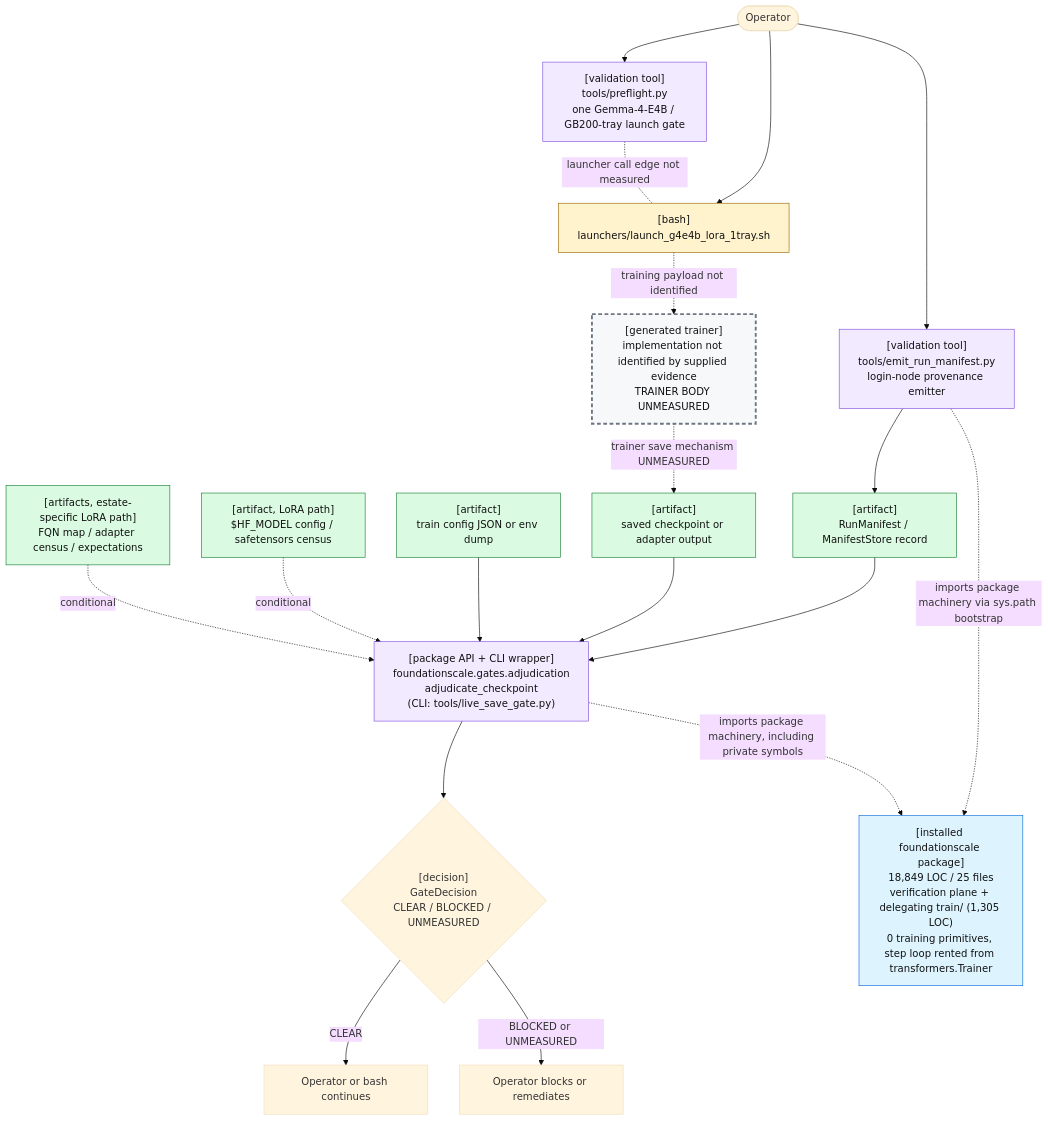
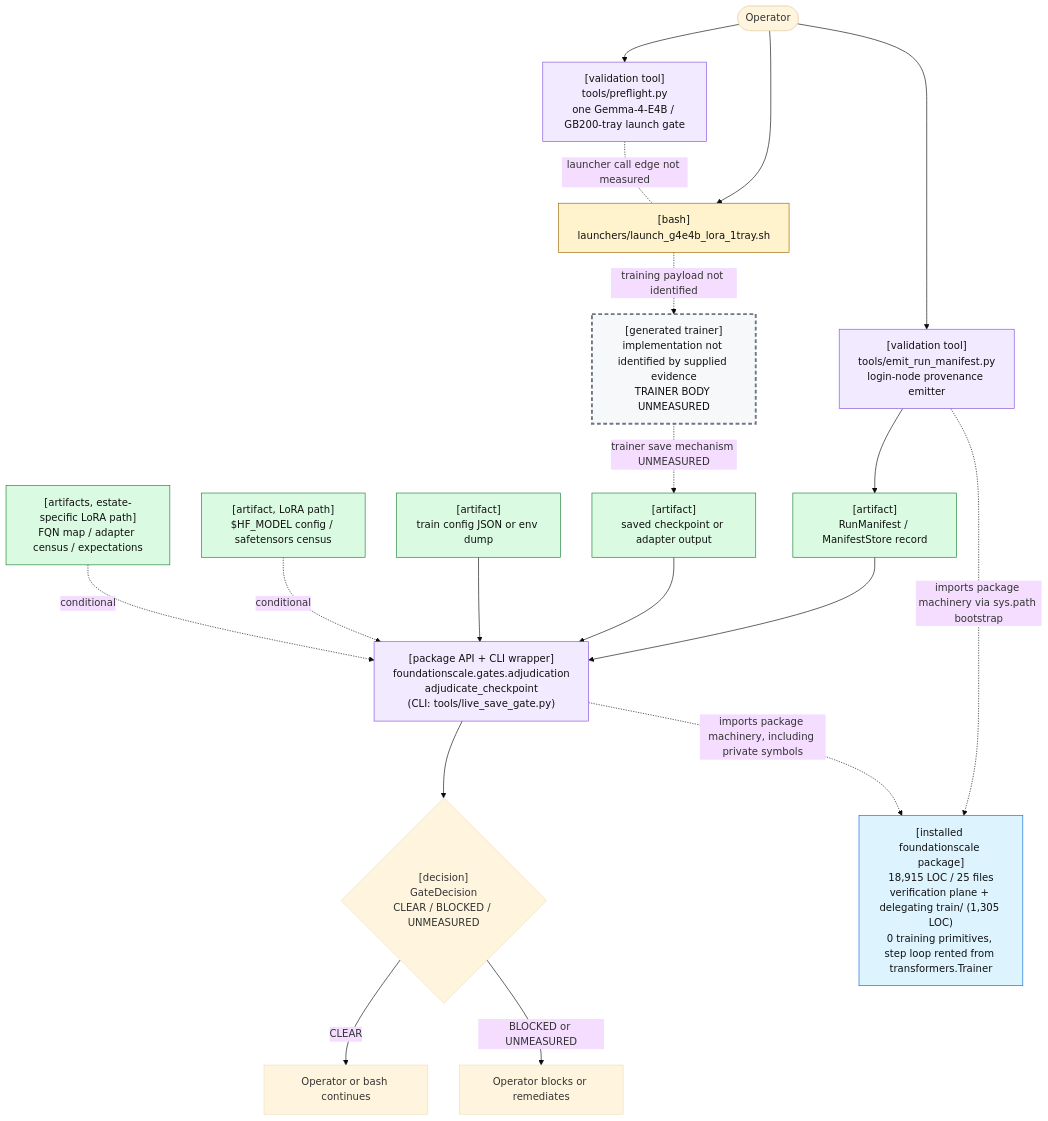
One commit to TranNhiem/FoundationScale changed the first of 2 diagrams in docs/review/D2_current_architecture.md. Above: the diagram before and after it, drawn with Mermaid (base theme). The commit also changed other lines of this file and 11 other files, not shown here.

First line of the commit message:
Package front door: one lazy import surface for foundationscale

````diff
--- a/docs/review/D2_current_architecture.md
+++ b/docs/review/D2_current_architecture.md
@@ -25,59 +25,59 @@
 ```mermaid
 flowchart TB
   O(["Operator"])
 
   PF["[validation tool]<br/>tools/preflight.py<br/>one Gemma-4-E4B / GB200-tray launch gate"]
   L["[bash]<br/>launchers/launch_g4e4b_lora_1tray.sh"]
 
   E["[validation tool]<br/>tools/emit_run_manifest.py<br/>login-node provenance emitter"]
   M["[artifact]<br/>RunManifest / ManifestStore record"]
 
   T["[generated trainer]<br/>implementation not identified by supplied evidence<br/>TRAINER BODY UNMEASURED"]
   C["[artifact]<br/>saved checkpoint or adapter output"]
 
   G["[package API + CLI wrapper]<br/>foundationscale.gates.adjudication<br/>adjudicate_checkpoint<br/>(CLI: tools/live_save_gate.py)"]
   CFG["[artifact]<br/>train config JSON or env dump"]
   BASE["[artifact, LoRA path]<br/>$HF_MODEL config / safetensors census"]
   CEN["[artifacts, estate-specific LoRA path]<br/>FQN map / adapter census / expectations"]
 
   D{"[decision]<br/>GateDecision<br/>CLEAR / BLOCKED / UNMEASURED"}
   OK["Operator or bash continues"]
   NO["Operator blocks or remediates"]
 
-  PKG["[installed foundationscale package]<br/>18,849 LOC / 25 files<br/>verification plane + delegating train/ (1,305 LOC)<br/>0 training primitives, step loop rented from transformers.Trainer"]
+  PKG["[installed foundationscale package]<br/>18,915 LOC / 25 files<br/>verification plane + delegating train/ (1,305 LOC)<br/>0 training primitives, step loop rented from transformers.Trainer"]
 
   O --> PF
   O --> L
   PF -. "launcher call edge not measured" .- L
 
   O --> E
   E --> M
 
   L -. "training payload not identified" .-> T
   T -. "trainer save mechanism UNMEASURED" .-> C
 
   M --> G
   C --> G
   CFG --> G
   BASE -. "conditional" .-> G
   CEN -. "conditional" .-> G
 
   E -. "imports package machinery via sys.path bootstrap" .-> PKG
   G -. "imports package machinery, including private symbols" .-> PKG
 
   G --> D
   D -->|"CLEAR"| OK
   D -->|"BLOCKED or UNMEASURED"| NO
 
   classDef bash fill:#fff3cd,stroke:#9a6700,color:#111;
   classDef tool fill:#f2eaff,stroke:#8250df,color:#111;
   classDef artifact fill:#dafbe1,stroke:#1a7f37,color:#111;
   classDef gap fill:#f6f8fa,stroke:#6e7781,stroke-width:3px,stroke-dasharray: 6 4,color:#111;
   classDef pkg fill:#ddf4ff,stroke:#0969da,color:#111;
 
   class L bash;
   class PF,E,G tool;
   class M,C,CFG,BASE,CEN artifact;
   class T gap;
   class PKG pkg;
 ```
````
